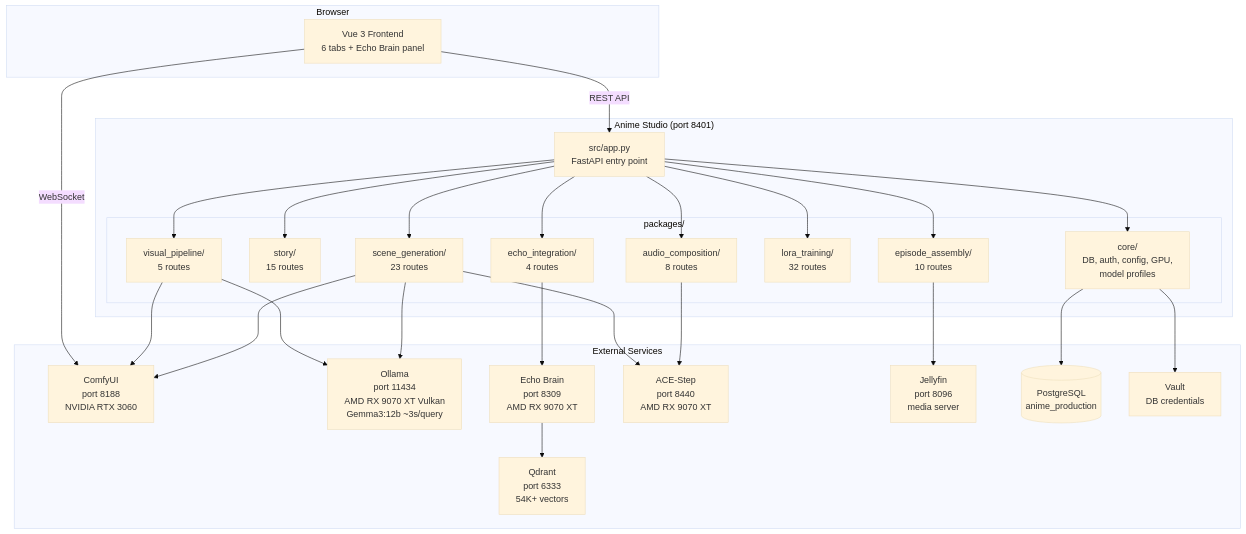
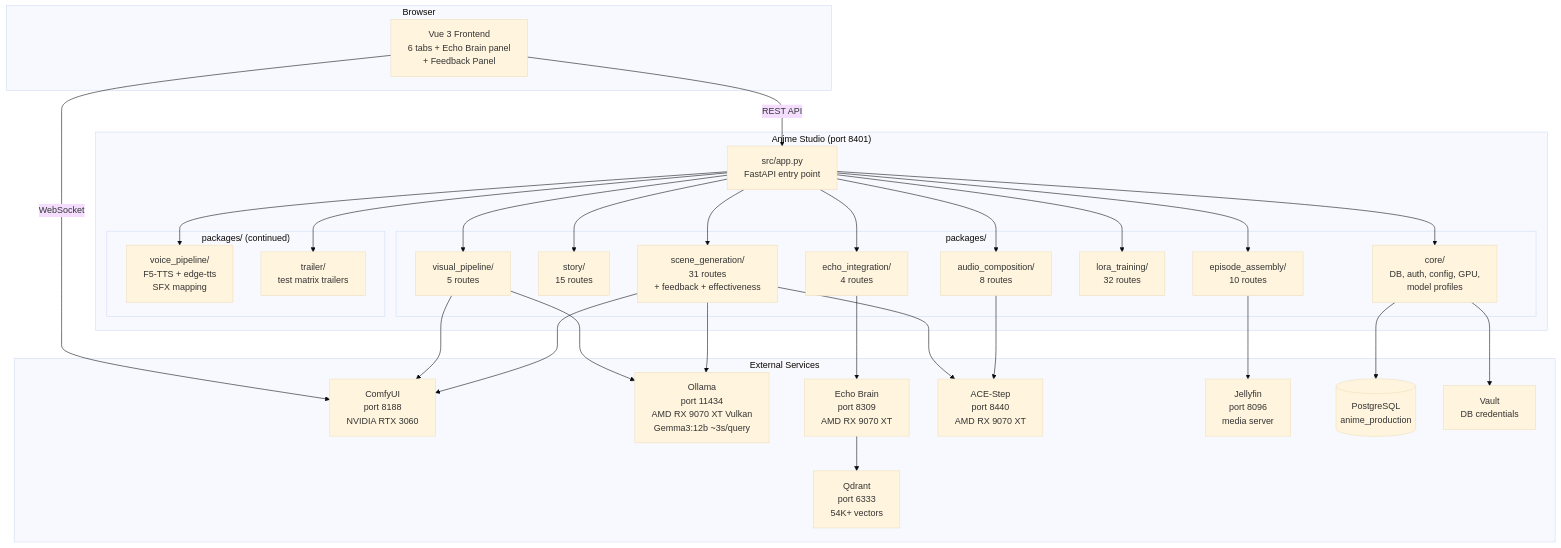
Before and after one commit to pvestal/tower-anime-production: the first of 19 diagrams in ARCHITECTURE.md, drawn with Mermaid (base theme). The commit also changed other lines of this file and 1 other file, not shown here.

First line of the commit message:
Update architecture docs: feedback loop, QC pipeline, effectiveness tracking

````diff
--- a/ARCHITECTURE.md
+++ b/ARCHITECTURE.md
@@ -5,55 +5,63 @@
 ```mermaid
 graph TB
     subgraph Browser
-        UI[Vue 3 Frontend<br/>6 tabs + Echo Brain panel]
+        UI[Vue 3 Frontend<br/>6 tabs + Echo Brain panel<br/>+ Feedback Panel]
     end
 
     subgraph "Anime Studio (port 8401)"
         APP[src/app.py<br/>FastAPI entry point]
 
         subgraph "packages/"
             CORE[core/<br/>DB, auth, config, GPU,<br/>model profiles]
             STORY[story/<br/>15 routes]
             VIS[visual_pipeline/<br/>5 routes]
-            SCENE[scene_generation/<br/>23 routes]
+            SCENE[scene_generation/<br/>31 routes<br/>+ feedback + effectiveness]
             EPISODE[episode_assembly/<br/>10 routes]
             TRAIN[lora_training/<br/>32 routes]
             AUDIO[audio_composition/<br/>8 routes]
             ECHO_PKG[echo_integration/<br/>4 routes]
         end
 
         APP --> CORE
         APP --> STORY
         APP --> VIS
         APP --> SCENE
         APP --> EPISODE
         APP --> TRAIN
         APP --> AUDIO
         APP --> ECHO_PKG
+
+        subgraph "packages/ (continued)"
+            VOICE[voice_pipeline/<br/>F5-TTS + edge-tts<br/>SFX mapping]
+            TRAILER[trailer/<br/>test matrix trailers]
+        end
+
+        APP --> VOICE
+        APP --> TRAILER
     end
 
     subgraph "External Services"
         ComfyUI[ComfyUI<br/>port 8188<br/>NVIDIA RTX 3060]
         Ollama[Ollama<br/>port 11434<br/>AMD RX 9070 XT Vulkan<br/>Gemma3:12b ~3s/query]
         Echo[Echo Brain<br/>port 8309<br/>AMD RX 9070 XT]
         ACEStep[ACE-Step<br/>port 8440<br/>AMD RX 9070 XT]
         Jellyfin[Jellyfin<br/>port 8096<br/>media server]
         Qdrant[Qdrant<br/>port 6333<br/>54K+ vectors]
         PG[(PostgreSQL<br/>anime_production)]
         Vault[Vault<br/>DB credentials]
     end
 
     UI -->|REST API| APP
     UI -->|WebSocket| ComfyUI
     VIS --> ComfyUI
     VIS --> Ollama
     SCENE --> ComfyUI
     SCENE --> Ollama
     SCENE --> ACEStep
     AUDIO --> ACEStep
     EPISODE --> Jellyfin
     ECHO_PKG --> Echo
     CORE --> PG
     CORE --> Vault
     Echo --> Qdrant
 ```
````
